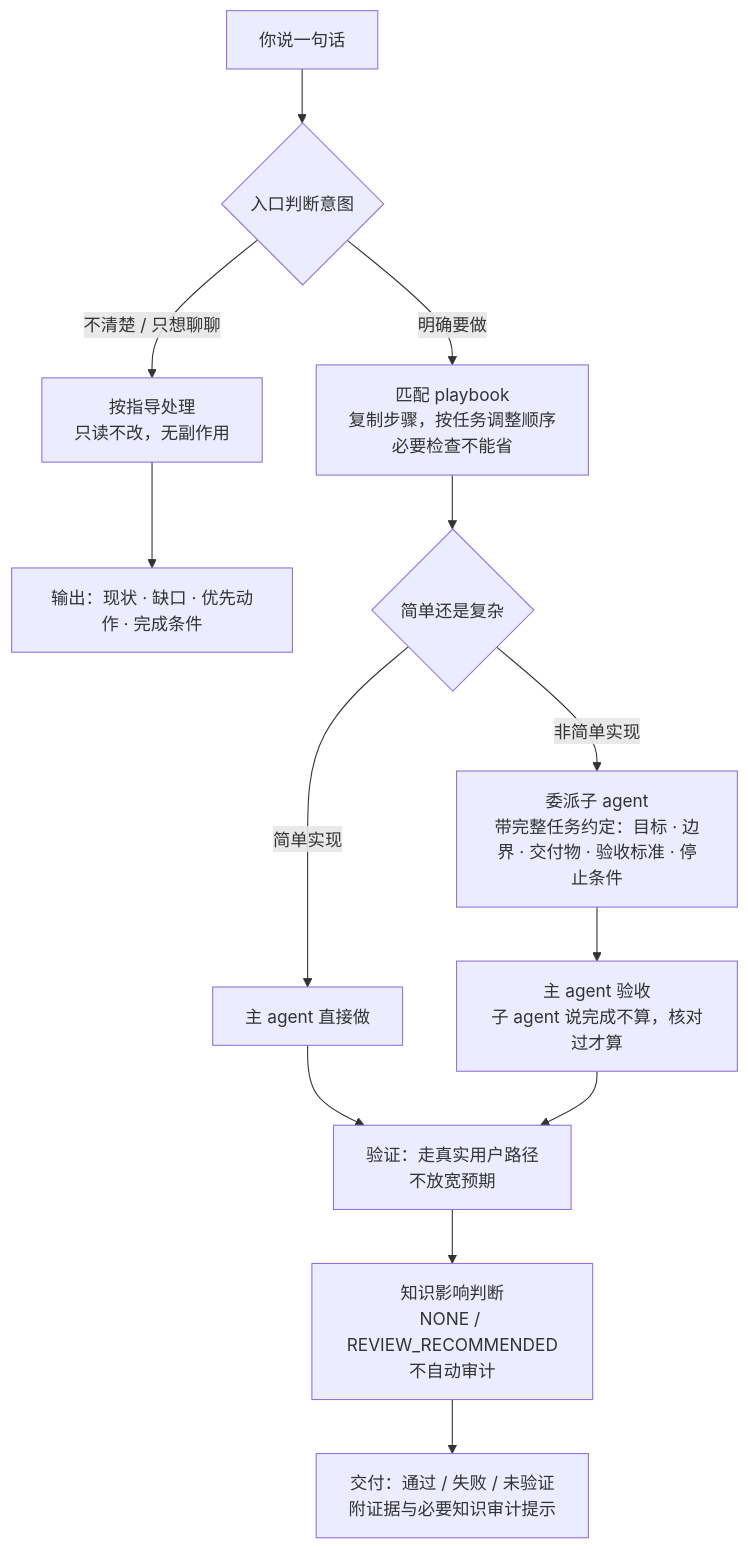
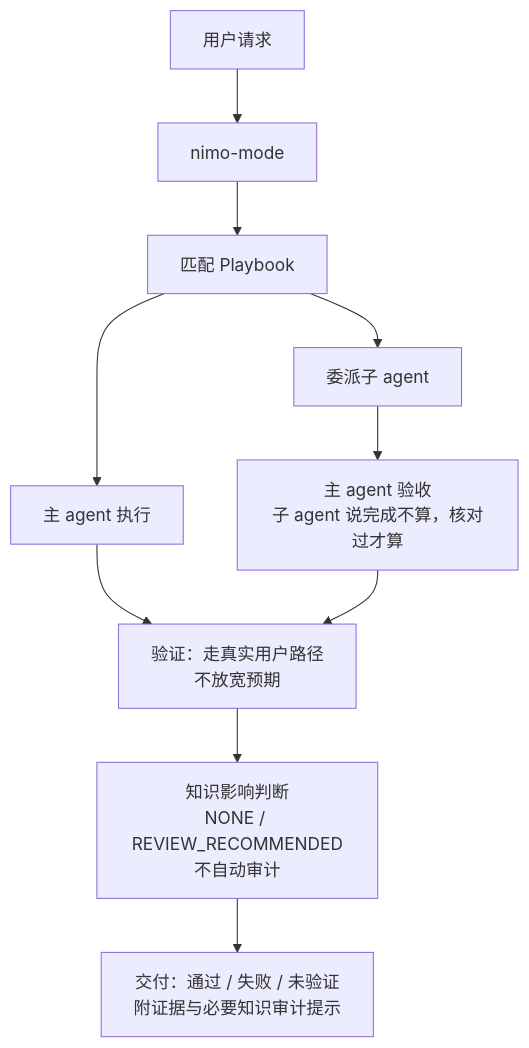
The first of 2 diagrams in README.md (ttttstc/nimo), drawn with Mermaid before and after one commit. The commit also changed other lines of this file, not shown here.

Commit message:
docs(readme): clarify manual knowledge edit flow

````diff
--- a/README.md
+++ b/README.md
@@ -78,15 +44,12 @@
 ```mermaid
 flowchart TB
-    S[你说一句话] --> I{入口判断意图}
-    I -->|不清楚 / 只想聊聊| G[按指导处理<br/>只读不改，无副作用]
-    I -->|明确要做| P[匹配 playbook<br/>复制步骤，按任务调整顺序<br/>必要检查不能省]
-    G --> OUT1[输出：现状 · 缺口 · 优先动作 · 完成条件]
-    P --> D{简单还是复杂}
-    D -->|简单实现| M[主 agent 直接做]
-    D -->|非简单实现| SUB[委派子 agent<br/>带完整任务约定：目标 · 边界 · 交付物 · 验收标准 · 停止条件]
+    U[用户请求] --> E[nimo-mode]
+    E --> P[匹配 Playbook]
+    P --> M[主 agent 执行]
+    P --> SUB[委派子 agent]
     SUB --> CHK[主 agent 验收<br/>子 agent 说完成不算，核对过才算]
     M --> V[验证：走真实用户路径<br/>不放宽预期]
     CHK --> V
     V --> K[知识影响判断<br/>NONE / REVIEW_RECOMMENDED<br/>不自动审计]
     K --> OUT2[交付：通过 / 失败 / 未验证<br/>附证据与必要知识审计提示]
 ```
````
